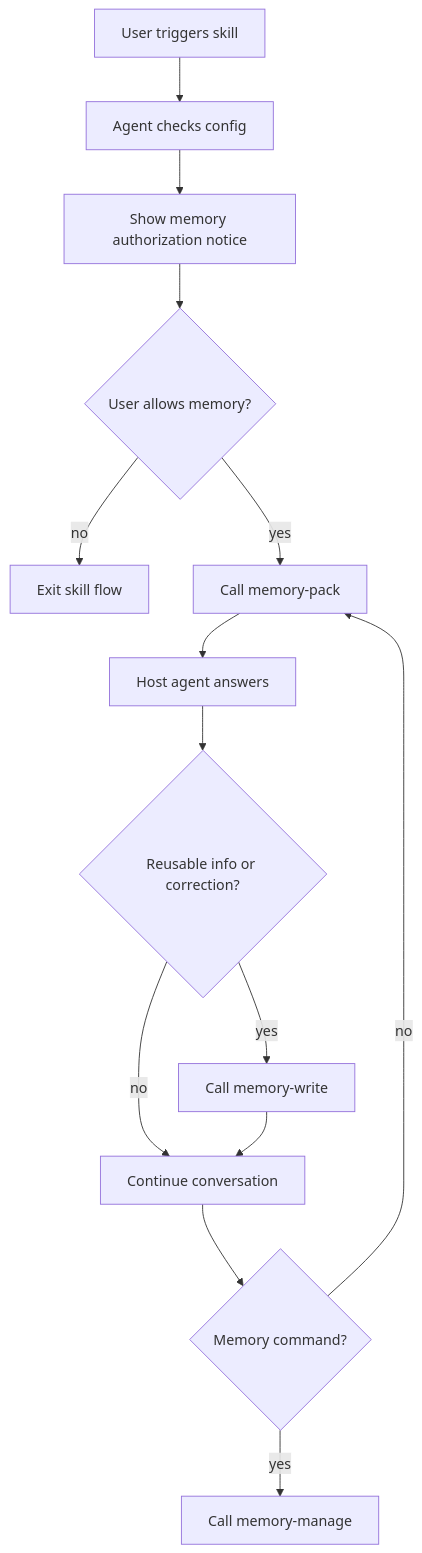
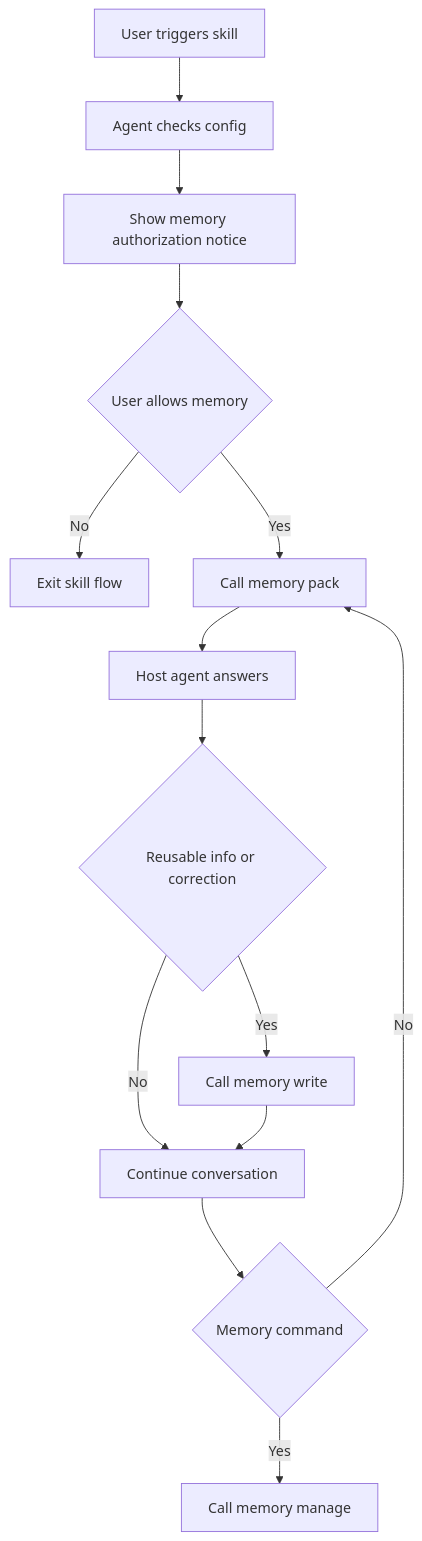
One commit to SUMMERVIVIAN4U/Assist-Everything-BetterAndBetter-skill changed the third of 3 diagrams in README.md. Above: the diagram before and after it, drawn with Mermaid. The commit also changed other lines of this file, not shown here.

Commit message:
Fix GitHub Mermaid rendering in README

````diff
--- a/README.md
+++ b/README.md
@@ -289,16 +289,16 @@
 ```mermaid
 flowchart TD
-  A[User triggers skill] --> B[Agent checks config]
-  B --> C[Show memory authorization notice]
-  C --> D{User allows memory?}
-  D -- no --> E[Exit skill flow]
-  D -- yes --> F[Call memory-pack]
-  F --> G[Host agent answers]
-  G --> H{Reusable info or correction?}
-  H -- yes --> I[Call memory-write]
-  H -- no --> J[Continue conversation]
+  A["User triggers skill"] --> B["Agent checks config"]
+  B --> C["Show memory authorization notice"]
+  C --> D{"User allows memory"}
+  D -->|No| E["Exit skill flow"]
+  D -->|Yes| F["Call memory pack"]
+  F --> G["Host agent answers"]
+  G --> H{"Reusable info or correction"}
+  H -->|Yes| I["Call memory write"]
+  H -->|No| J["Continue conversation"]
   I --> J
-  J --> K{Memory command?}
-  K -- yes --> L[Call memory-manage]
-  K -- no --> F
+  J --> K{"Memory command"}
+  K -->|Yes| L["Call memory manage"]
+  K -->|No| F
 ```
````
